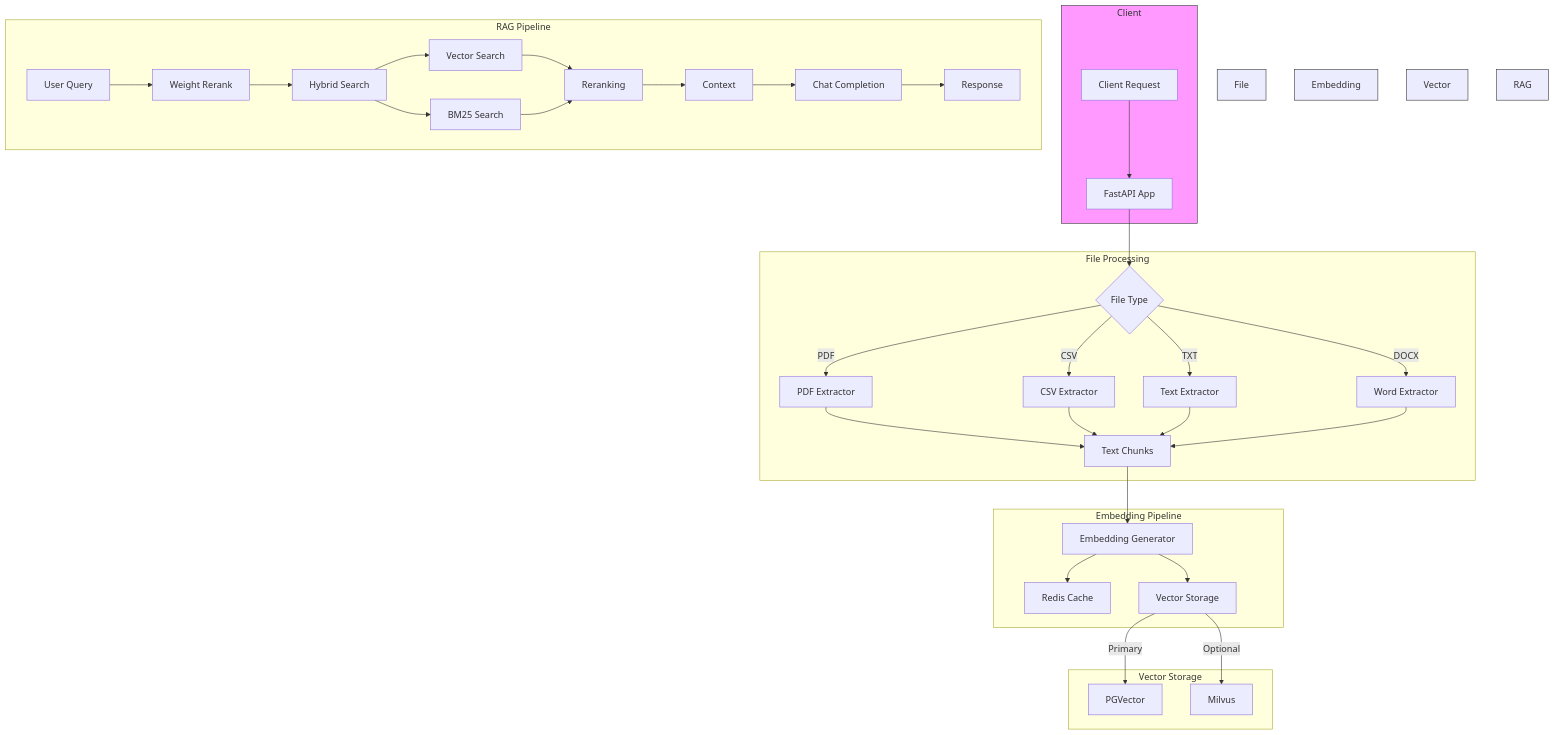
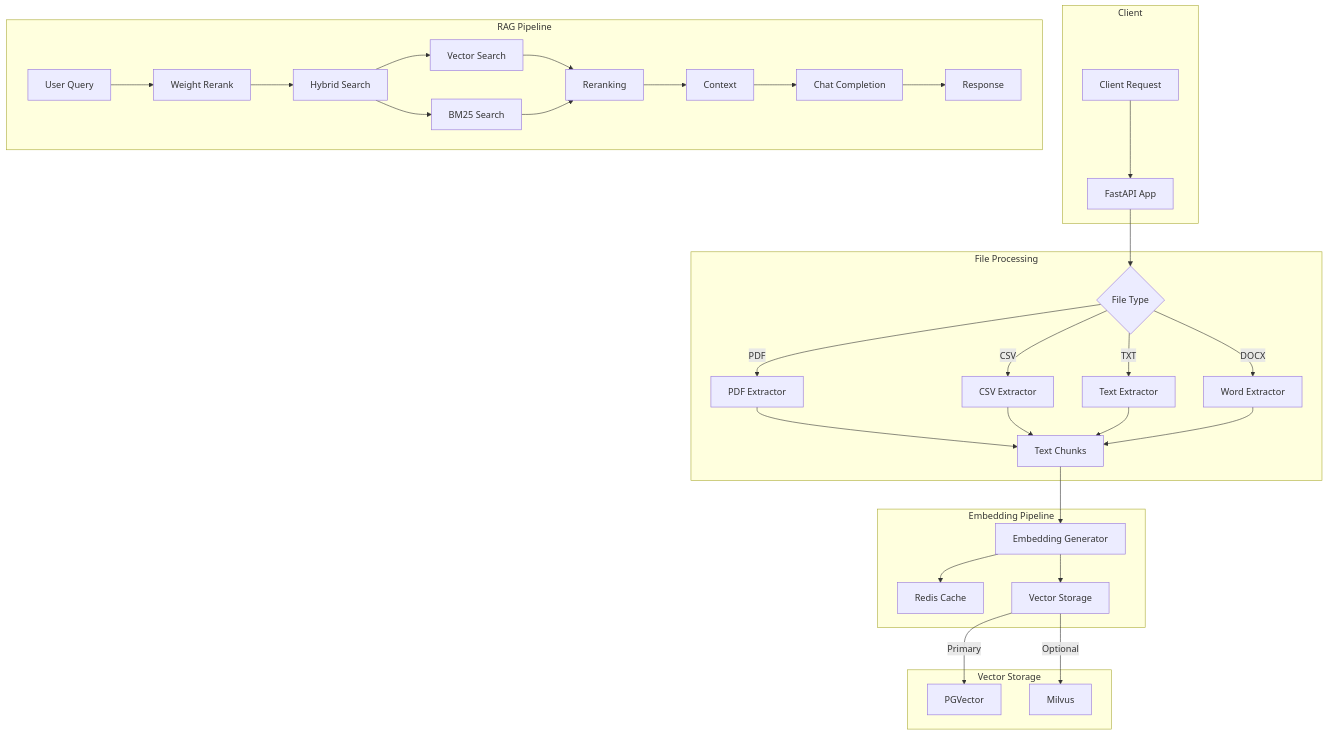
Before and after one commit to ntoantoan/advance-rag: the diagram in README.md, drawn with Mermaid.

Commit message:
update graph

````diff
--- a/README.md
+++ b/README.md
@@ -15,43 +15,37 @@
 ```mermaid
 graph TD
     subgraph Client
         A[Client Request] --> B[FastAPI App]
     end
 
     subgraph File Processing
         B --> C{File Type}
         C -->|PDF| D[PDF Extractor]
         C -->|CSV| E[CSV Extractor]
         C -->|TXT| F[Text Extractor]
         C -->|DOCX| G[Word Extractor]
         D & E & F & G --> H[Text Chunks]
     end
 
     subgraph Embedding Pipeline
         H --> I[Embedding Generator]
         I --> J[Redis Cache]
         I --> K[Vector Storage]
     end
 
     subgraph Vector Storage
         K -->|Primary| L[PGVector]
         K -->|Optional| M[Milvus]
     end
 
     subgraph RAG Pipeline
         N[User Query] --> O[Weight Rerank]
         O --> P[Hybrid Search]
         P --> Q[Vector Search]
         P --> R[BM25 Search]
         Q & R --> S[Reranking]
         S --> T[Context]
         T --> U[Chat Completion]
         U --> V[Response]
     end
-
-    style Client fill:#f9f,stroke:#333
-    style File Processing fill:#bbf,stroke:#333
-    style Embedding Pipeline fill:#bfb,stroke:#333
-    style Vector Storage fill:#fbf,stroke:#333
-    style RAG Pipeline fill:#fbb,stroke:#333
 ```
````
